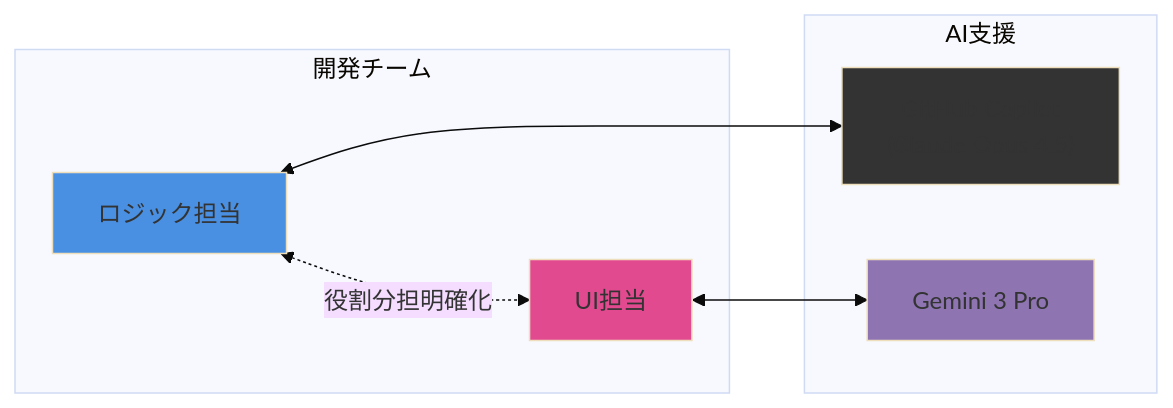
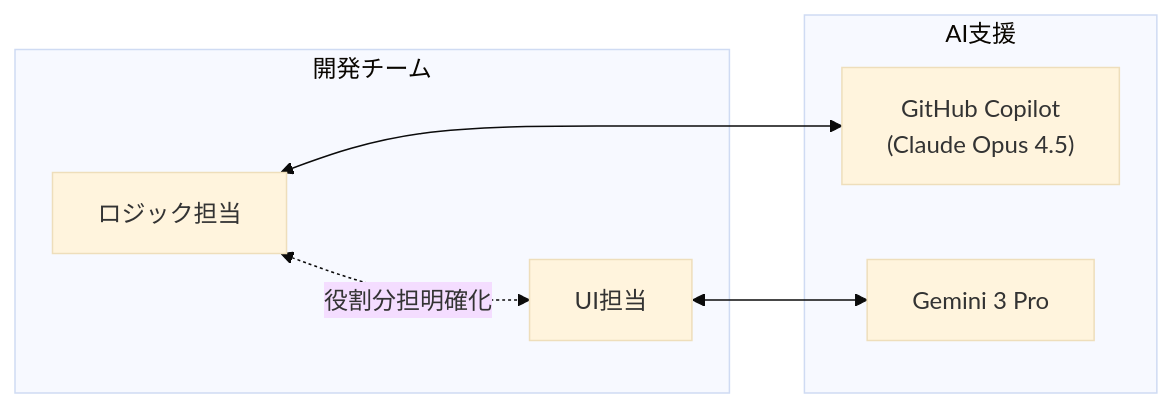
One commit to razy6174/EnCounter changed the third of 3 diagrams in README.md. Above: the diagram before and after it, drawn with Mermaid (base theme). The commit also changed other lines of this file and 1 other file, not shown here.

````diff
--- a/README.md
+++ b/README.md
@@ -317,21 +310,16 @@
 ```mermaid
 flowchart LR
     subgraph Team["開発チーム"]
         Backend["ロジック担当"]
         Frontend["UI担当"]
     end
     
     subgraph AI["AI支援"]
         Copilot["GitHub Copilot<br/>(Claude Opus 4.5)"]
         Gemini["Gemini 3 Pro"]
     end
     
     Backend <--> Copilot
     Frontend <--> Gemini
     Backend <-.役割分担明確化.-> Frontend
-    
-    style Backend fill:#4A90E2
-    style Frontend fill:#E24A90
-    style Copilot fill:#333
-    style Gemini fill:#8E75B2
 ```
````
